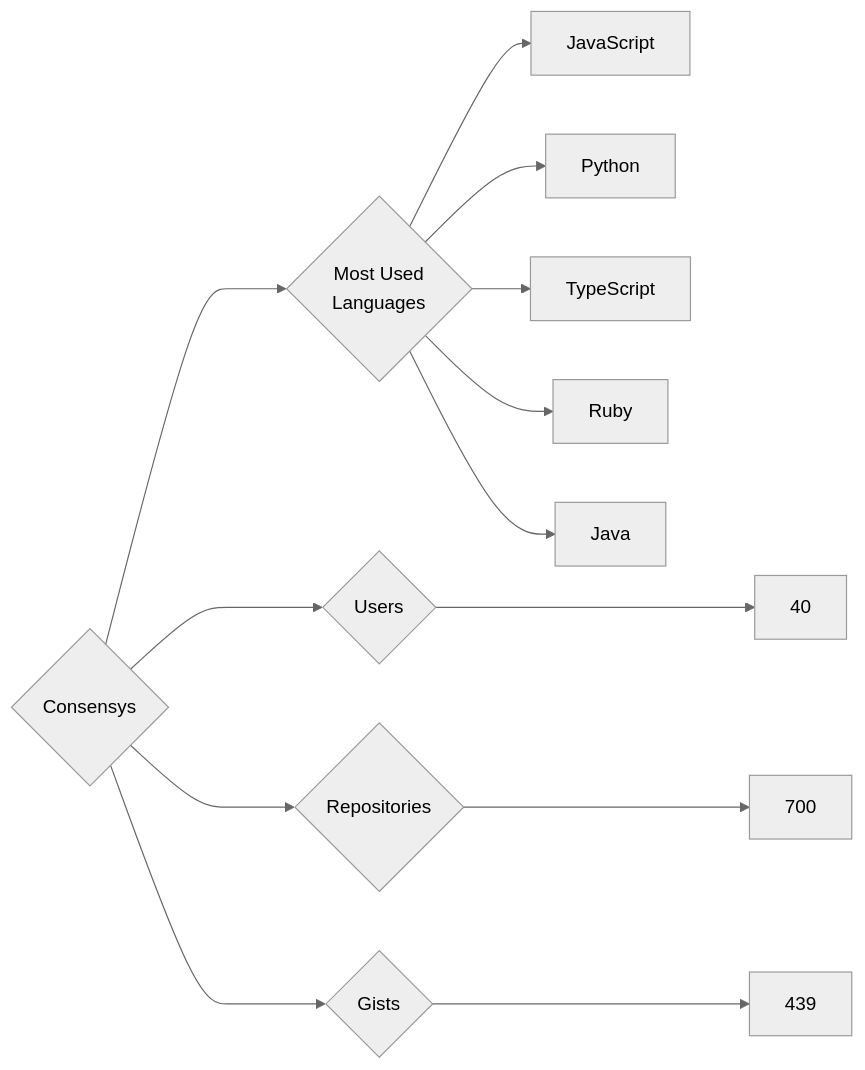
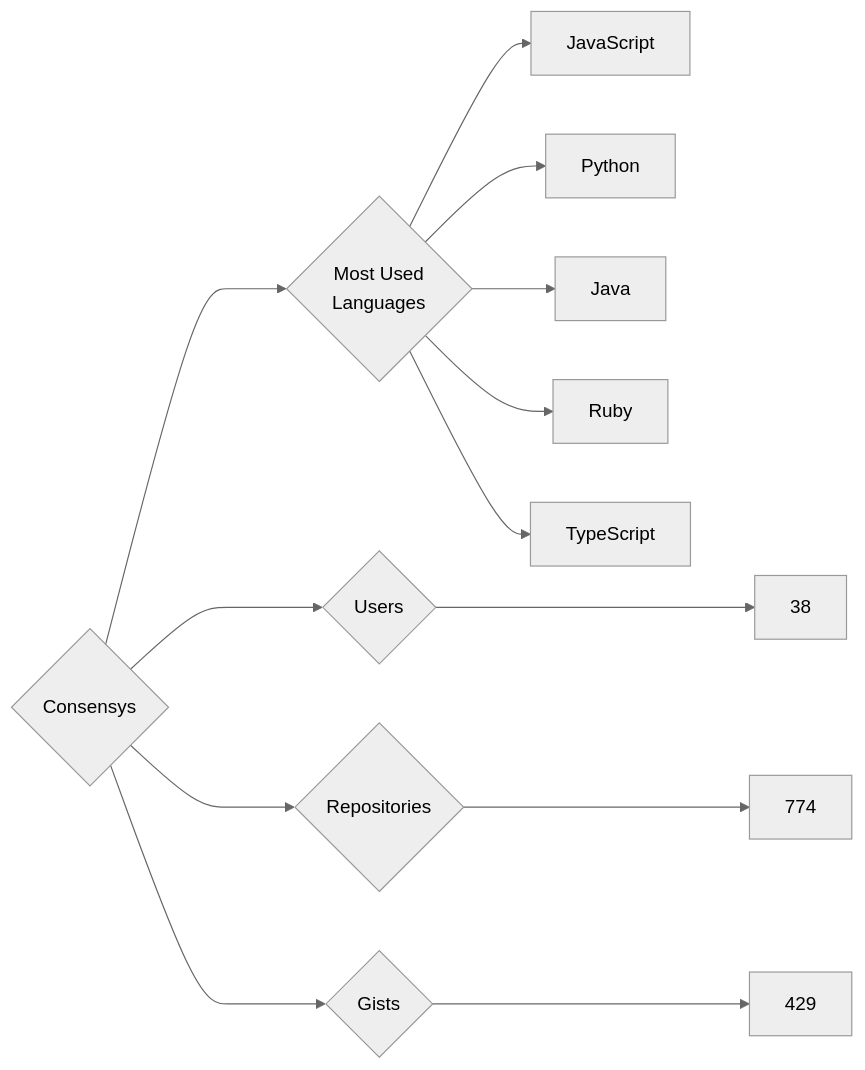
One commit to trickest/insiders changed the diagram in targets/Consensys/README.md. Above: the diagram before and after it, drawn with Mermaid (neutral theme). The commit also changed 870 other files, not shown here.

````diff
--- a/targets/Consensys/README.md
+++ b/targets/Consensys/README.md
@@ -3,13 +3,13 @@
 ```mermaid
 graph LR
 COMPANY_NAME{Consensys}
-COMPANY_NAME ---> U{Users} ---> UN[40]
-COMPANY_NAME ---> R{Repositories} ---> RN[700]
-COMPANY_NAME ---> G{Gists} ---> GN[439]
+COMPANY_NAME ---> U{Users} ---> UN[38]
+COMPANY_NAME ---> R{Repositories} ---> RN[774]
+COMPANY_NAME ---> G{Gists} ---> GN[429]
 COMPANY_NAME ---> ML{Most Used<br>Languages}
 ML --> JavaScript[JavaScript]
 ML --> Python[Python]
+ML --> Java[Java]
+ML --> Ruby[Ruby]
 ML --> TypeScript[TypeScript]
-ML --> Ruby[Ruby]
-ML --> Java[Java]
 ```
````
